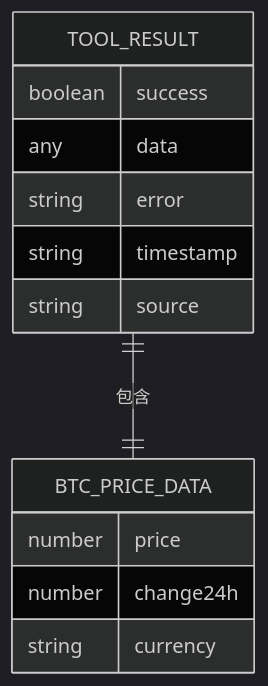
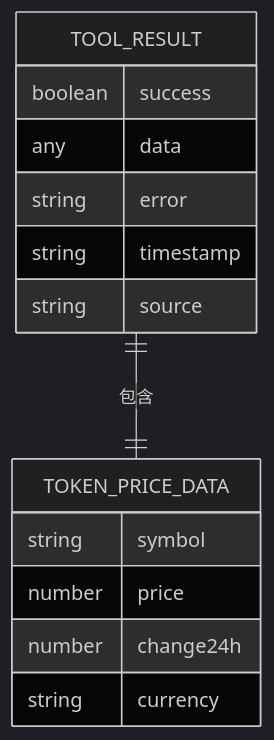
Before and after one commit to CryptoLinxu/Web3-AI-Agent: the eighth of 12 diagrams in .qoder/repowiki/zh/content/Web3工具集成/核心Web3工具实现/BTC价格查询工具.md, drawn with Mermaid (dark theme). The commit also changed other lines of this file and 9 other files, not shown here.

````diff
--- a/.qoder/repowiki/zh/content/Web3工具集成/核心Web3工具实现/BTC价格查询工具.md
+++ b/.qoder/repowiki/zh/content/Web3工具集成/核心Web3工具实现/BTC价格查询工具.md
@@ -349,16 +378,17 @@
 ```mermaid
 erDiagram
-BTC_PRICE_DATA {
+TOKEN_PRICE_DATA {
+string symbol
 number price
 number change24h
 string currency
 }
 TOOL_RESULT {
 boolean success
 any data
 string error
 string timestamp
 string source
 }
-TOOL_RESULT ||--|| BTC_PRICE_DATA : "包含"
+TOOL_RESULT ||--|| TOKEN_PRICE_DATA : "包含"
 ```
````
